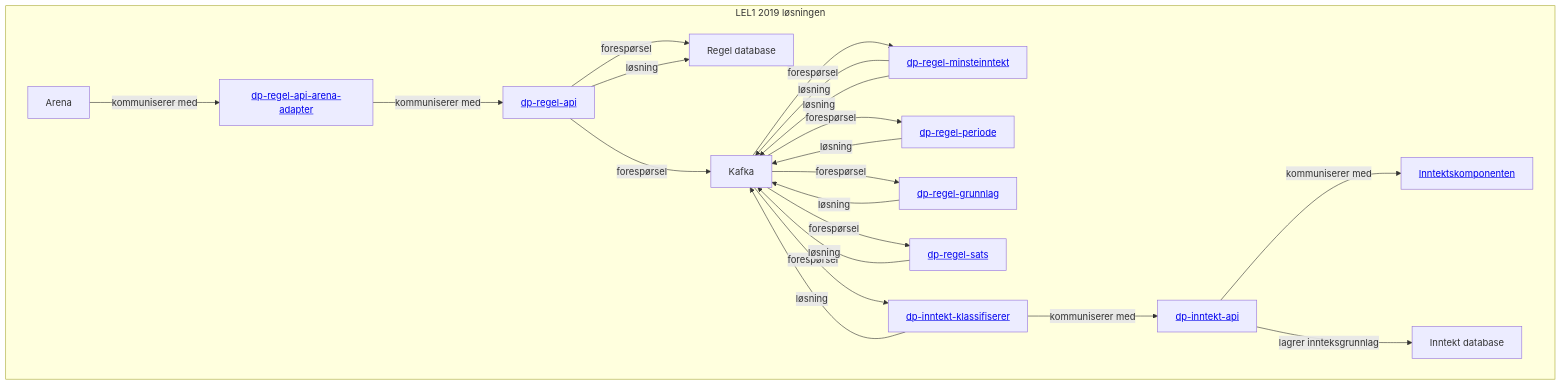
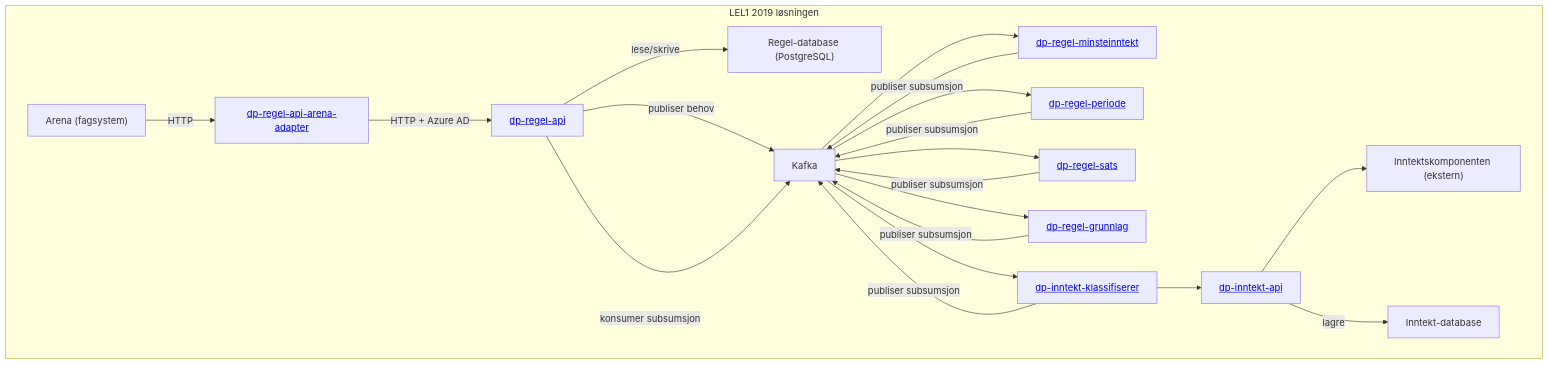
The second of 2 diagrams in docs/README.md (navikt/dp-regel-api), drawn with Mermaid before and after one commit. The commit also changed other lines of this file and 1 other file, not shown here.

````diff
--- a/docs/README.md
+++ b/docs/README.md
@@ -6,38 +54,29 @@
 ```mermaid
 graph TD
-subgraph "LEL1 2019 løsningen"
-Arena["Arena"]
-dp-regel-api-arena-adapter[<a href='https://github.com/navikt/dp-regel-api-arena-adapter'>dp-regel-api-arena-adapter</a>]
-dp-regel-api[<a href='https://github.com/navikt/dp-regel-api'>dp-regel-api</a>]
-regelDb["Regel database"]
-dp-inntekt-api[<a href='https://github.com/navikt/dp-inntekt-api'>dp-inntekt-api</a>]
-dp-inntekt-klassifiserer[<a href='https://github.com/navikt/dp-inntekt-klassifiserer'>dp-inntekt-klassifiserer</a>]
-inntektDB["Inntekt database"]
-dp-inntekt-minsteinntekt[<a href='https://github.com/navikt/dp-inntekt-minsteinntekt'>dp-regel-minsteinntekt</a>]
-dp-inntekt-periode[<a href='https://github.com/navikt/dp-regel-periode'>dp-regel-periode</a>]
-dp-inntekt-sats[<a href='https://github.com/navikt/dp-regel-sats'>dp-regel-sats</a>]
-dp-inntekt-grunnlag[<a href='https://github.com/navikt/dp-regel-grunnlag'>dp-regel-grunnlag</a>]
-Kafka["Kafka"]
-Inntektskomponenten[<a href='https://github.com/navikt/https://github.com/navikt/inntektskomponenten'>Inntektskomponenten</a>]
-end
+    subgraph "LEL1 2019 løsningen"
+        Arena["Arena (fagsystem)"]
+        Adapter["<a href='https://github.com/navikt/dp-regel-api-arena-adapter'>dp-regel-api-arena-adapter</a>"]
+        API["<a href='https://github.com/navikt/dp-regel-api'>dp-regel-api</a>"]
+        DB["Regel-database (PostgreSQL)"]
+        Kafka["Kafka"]
+        Minsteinntekt["<a href='https://github.com/navikt/dp-regel-minsteinntekt'>dp-regel-minsteinntekt</a>"]
+        Periode["<a href='https://github.com/navikt/dp-regel-periode'>dp-regel-periode</a>"]
+        Sats["<a href='https://github.com/navikt/dp-regel-sats'>dp-regel-sats</a>"]
+        Grunnlag["<a href='https://github.com/navikt/dp-regel-grunnlag'>dp-regel-grunnlag</a>"]
+        Klassifiserer["<a href='https://github.com/navikt/dp-inntekt-klassifiserer'>dp-inntekt-klassifiserer</a>"]
+        InntektAPI["<a href='https://github.com/navikt/dp-inntekt-api'>dp-inntekt-api</a>"]
+        InntektDB["Inntekt-database"]
+        Inntektskomponenten["Inntektskomponenten (ekstern)"]
+    end
 
-Arena -->|kommuniserer med| dp-regel-api-arena-adapter
-dp-regel-api-arena-adapter -->|kommuniserer med| dp-regel-api
-dp-regel-api -->|forespørsel| regelDb
-dp-regel-api -->|forespørsel| Kafka
-Kafka -->|forespørsel| dp-inntekt-minsteinntekt
-Kafka -->|forespørsel| dp-inntekt-periode
-Kafka -->|forespørsel| dp-inntekt-grunnlag
-Kafka -->|forespørsel| dp-inntekt-sats
-Kafka -->|forespørsel| dp-inntekt-klassifiserer
-dp-inntekt-klassifiserer -->|kommuniserer med| dp-inntekt-api
-dp-inntekt-api -->|kommuniserer med| Inntektskomponenten
-dp-inntekt-api -->|lagrer innteksgrunnlag| inntektDB
-dp-inntekt-klassifiserer -->|løsning|Kafka
-dp-inntekt-grunnlag -->|løsning|Kafka
-dp-inntekt-periode -->|løsning|Kafka
-dp-inntekt-sats -->|løsning|Kafka
-dp-inntekt-minsteinntekt -->|løsning|Kafka
-dp-inntekt-minsteinntekt -->|løsning|Kafka
-dp-regel-api -->|løsning| regelDb
+    Arena -->|HTTP| Adapter
+    Adapter -->|HTTP + Azure AD| API
+    API -->|lese/skrive| DB
+    API -->|publiser behov| Kafka
+    API -->|konsumer subsumsjon| Kafka
+    Kafka --> Minsteinntekt & Periode & Sats & Grunnlag & Klassifiserer
+    Klassifiserer --> InntektAPI
+    InntektAPI --> Inntektskomponenten
+    InntektAPI -->|lagre| InntektDB
+    Minsteinntekt & Periode & Sats & Grunnlag & Klassifiserer -->|publiser subsumsjon| Kafka
 ```
````
